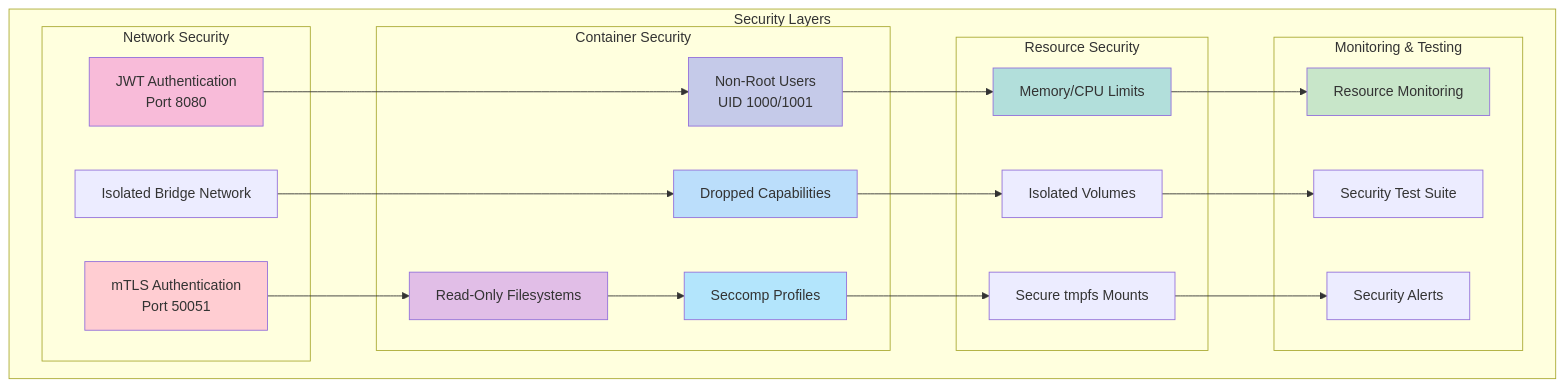
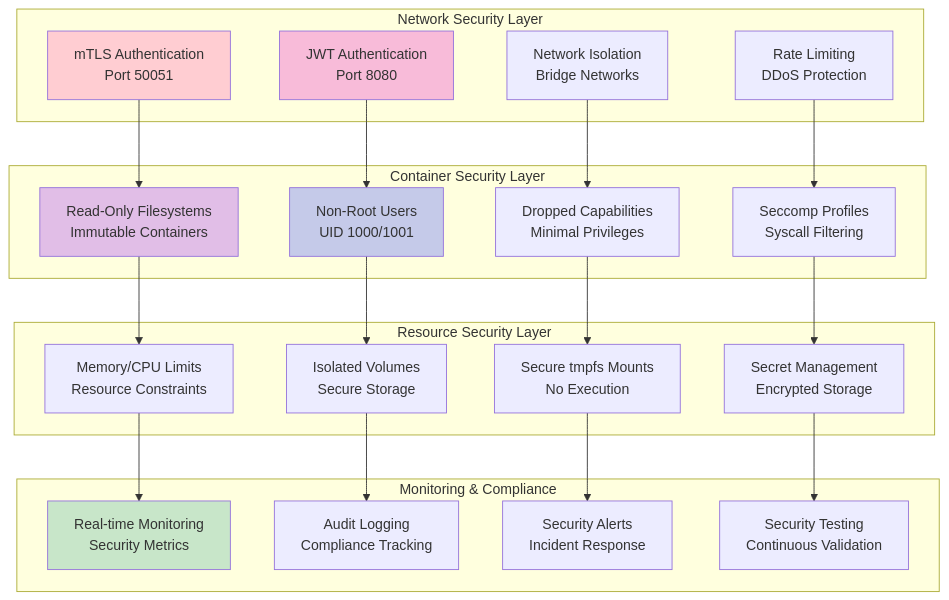
The sixth of 17 diagrams in README.md (elementalcollision/GraphMemory-IDE), drawn with Mermaid before and after one commit. The commit also changed other lines of this file and 23 other files, not shown here.

````diff
--- a/README.md
+++ b/README.md
@@ -216,49 +353,51 @@
 ```mermaid
 graph TB
-    subgraph "Security Layers"
-        subgraph "Network Security"
-            MTLS[mTLS Authentication<br/>Port 50051]
-            JWT[JWT Authentication<br/>Port 8080]
-            NETWORK[Isolated Bridge Network]
-        end
-        
-        subgraph "Container Security"
-            READONLY[Read-Only Filesystems]
-            NONROOT[Non-Root Users<br/>UID 1000/1001]
-            CAPS[Dropped Capabilities]
-            SECCOMP[Seccomp Profiles]
-        end
-        
-        subgraph "Resource Security"
-            LIMITS[Memory/CPU Limits]
-            VOLUMES[Isolated Volumes]
-            TMPFS[Secure tmpfs Mounts]
-        end
-        
-        subgraph "Monitoring & Testing"
-            MONITOR[Resource Monitoring]
-            TESTS[Security Test Suite]
-            ALERTS[Security Alerts]
-        end
+    subgraph "Network Security Layer"
+        MTLS[mTLS Authentication<br/>Port 50051]
+        JWT[JWT Authentication<br/>Port 8080]
+        FIREWALL[Network Isolation<br/>Bridge Networks]
+        RATE_LIMIT[Rate Limiting<br/>DDoS Protection]
+    end
+    
+    subgraph "Container Security Layer"
+        READONLY[Read-Only Filesystems<br/>Immutable Containers]
+        NONROOT[Non-Root Users<br/>UID 1000/1001]
+        CAPS[Dropped Capabilities<br/>Minimal Privileges]
+        SECCOMP[Seccomp Profiles<br/>Syscall Filtering]
+    end
+    
+    subgraph "Resource Security Layer"
+        LIMITS[Memory/CPU Limits<br/>Resource Constraints]
+        VOLUMES[Isolated Volumes<br/>Secure Storage]
+        TMPFS[Secure tmpfs Mounts<br/>No Execution]
+        SECRETS[Secret Management<br/>Encrypted Storage]
+    end
+    
+    subgraph "Monitoring & Compliance"
+        MONITOR[Real-time Monitoring<br/>Security Metrics]
+        AUDIT[Audit Logging<br/>Compliance Tracking]
+        ALERTS[Security Alerts<br/>Incident Response]
+        TESTS[Security Testing<br/>Continuous Validation]
     end
     
     MTLS --> READONLY
     JWT --> NONROOT
-    NETWORK --> CAPS
-    READONLY --> SECCOMP
-    NONROOT --> LIMITS
-    CAPS --> VOLUMES
-    SECCOMP --> TMPFS
+    FIREWALL --> CAPS
+    RATE_LIMIT --> SECCOMP
+    
+    READONLY --> LIMITS
+    NONROOT --> VOLUMES
+    CAPS --> TMPFS
+    SECCOMP --> SECRETS
+    
     LIMITS --> MONITOR
-    VOLUMES --> TESTS
+    VOLUMES --> AUDIT
     TMPFS --> ALERTS
+    SECRETS --> TESTS
     
     style MTLS fill:#ffcdd2
     style JWT fill:#f8bbd9
     style READONLY fill:#e1bee7
     style NONROOT fill:#c5cae9
-    style CAPS fill:#bbdefb
-    style SECCOMP fill:#b3e5fc
-    style LIMITS fill:#b2dfdb
     style MONITOR fill:#c8e6c9
 ```
````
